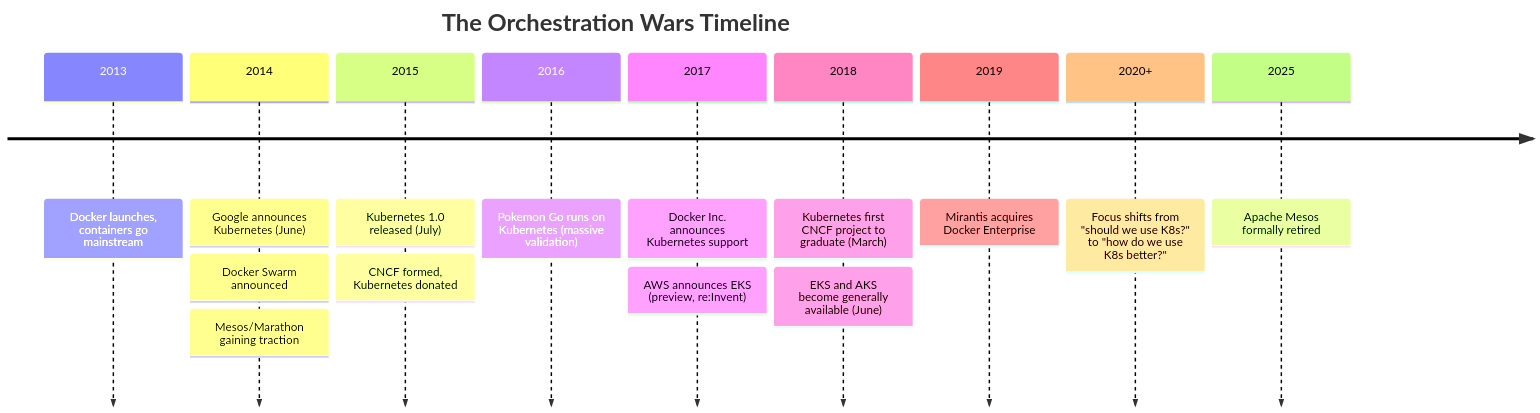
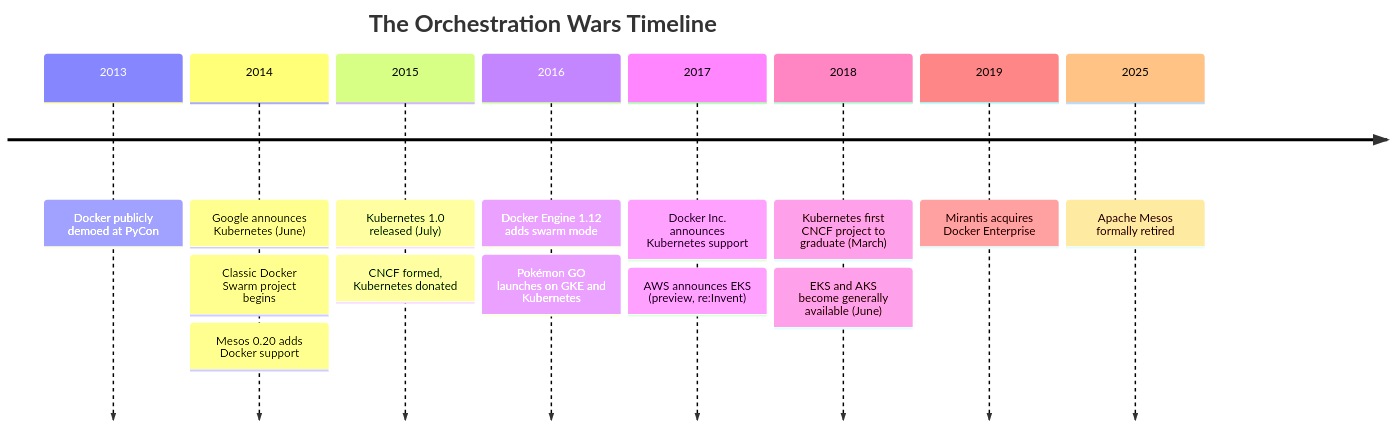
One commit to kube-dojo/kube-dojo.github.io changed the first of 2 diagrams in src/content/docs/prerequisites/philosophy-design/module-1.1-why-kubernetes-won.md. Above: the diagram before and after it, drawn with Mermaid. The commit also changed other lines of this file, not shown here.

````diff
--- a/src/content/docs/prerequisites/philosophy-design/module-1.1-why-kubernetes-won.md
+++ b/src/content/docs/prerequisites/philosophy-design/module-1.1-why-kubernetes-won.md
@@ -206,18 +206,18 @@
 ```mermaid
 timeline
     title The Orchestration Wars Timeline
-    2013 : Docker launches, containers go mainstream
+    2013 : Docker publicly demoed at PyCon
     2014 : Google announces Kubernetes (June)
-         : Docker Swarm announced
-         : Mesos/Marathon gaining traction
+         : Classic Docker Swarm project begins
+         : Mesos 0.20 adds Docker support
     2015 : Kubernetes 1.0 released (July)
          : CNCF formed, Kubernetes donated
-    2016 : Pokemon Go runs on Kubernetes (massive validation)
+    2016 : Docker Engine 1.12 adds swarm mode
+         : Pokémon GO launches on GKE and Kubernetes
     2017 : Docker Inc. announces Kubernetes support
          : AWS announces EKS (preview, re:Invent)
     2018 : Kubernetes first CNCF project to graduate (March)
          : EKS and AKS become generally available (June)
     2019 : Mirantis acquires Docker Enterprise
-    2020+ : Focus shifts from "should we use K8s?" to "how do we use K8s better?"
     2025 : Apache Mesos formally retired
 ```
````
